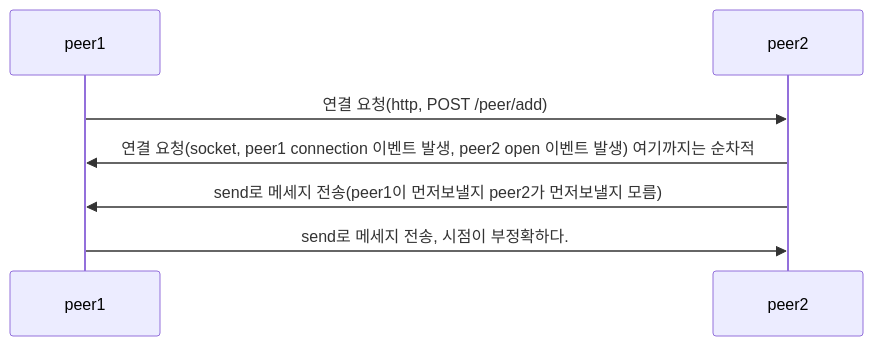
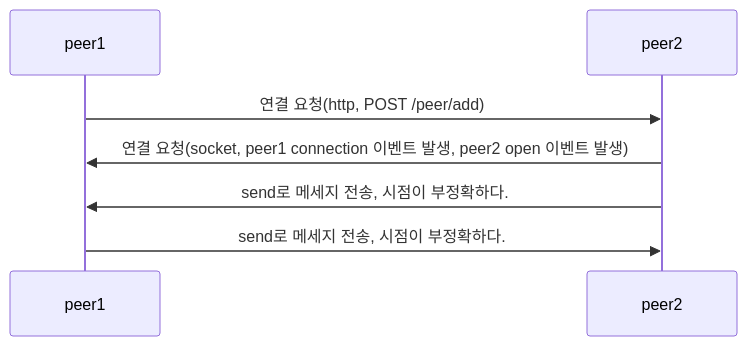
Before and after one commit to LeeJaeHyekk/blockchain7: the diagram in day85/blockchain/src/p2p/ReadMe.md, drawn with Mermaid. The commit also changed other lines of this file and 32 other files, not shown here.

````diff
--- a/day85/blockchain/src/p2p/ReadMe.md
+++ b/day85/blockchain/src/p2p/ReadMe.md
@@ -7,10 +7,9 @@
 ```mermaid
 sequenceDiagram
 participant peer1
 participant peer2
 peer1->>peer2:연결 요청(http, POST /peer/add)
-
-peer2->>peer1:연결 요청(socket, peer1 connection 이벤트 발생, peer2 open 이벤트 발생) 여기까지는 순차적
-peer2->>peer1:send로 메세지 전송(peer1이 먼저보낼지 peer2가 먼저보낼지 모름)
+peer2->>peer1:연결 요청(socket, peer1 connection 이벤트 발생, peer2 open 이벤트 발생)
+peer2->>peer1:send로 메세지 전송, 시점이 부정확하다.
 peer1->>peer2:send로 메세지 전송, 시점이 부정확하다.
 ```
````
